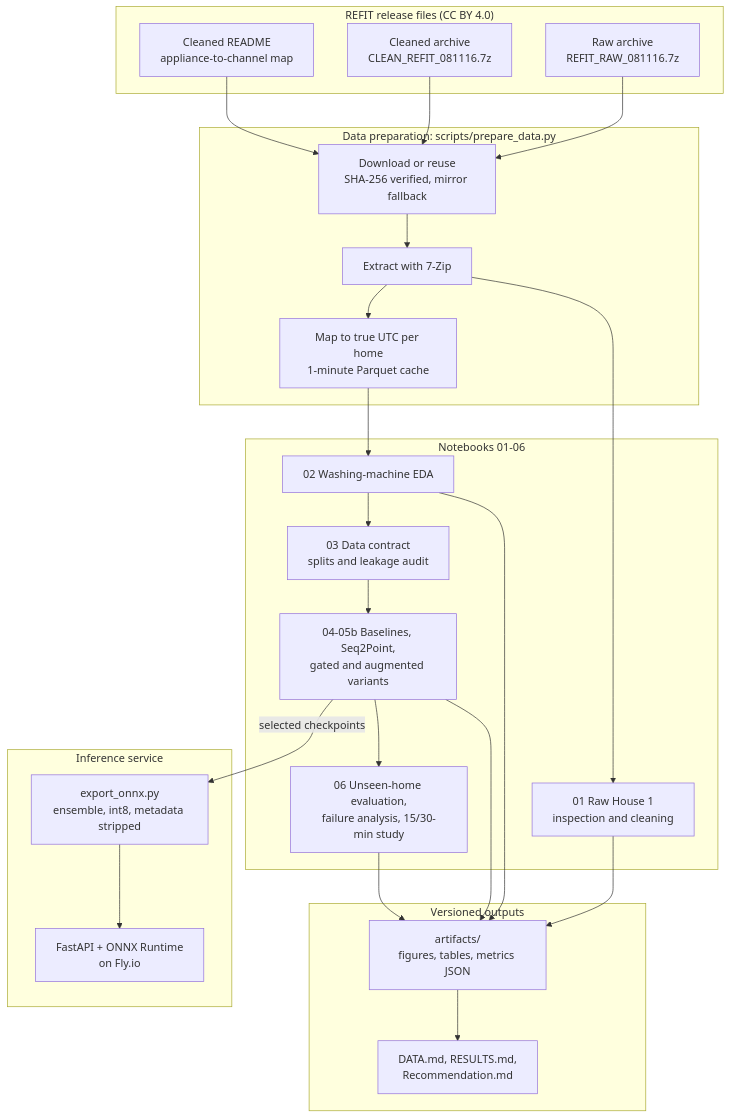
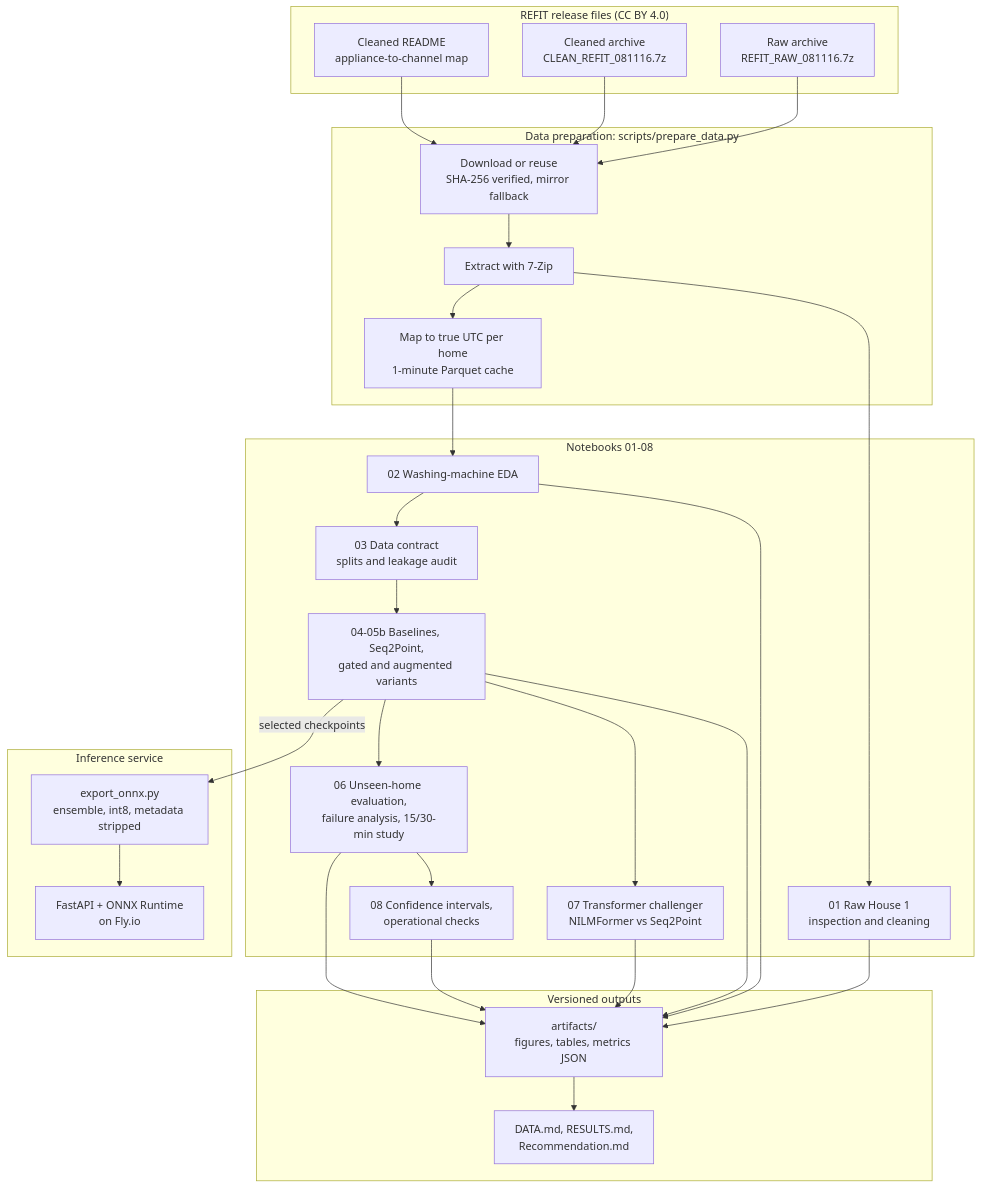
The first of 6 diagrams in README.md (amit-badave-04/refit-nilm-pipeline), drawn with Mermaid before and after one commit. The commit also changed other lines of this file and 28 other files, not shown here.

````diff
--- a/README.md
+++ b/README.md
@@ -153,44 +160,49 @@
 ```mermaid
 flowchart TB
     subgraph Sources["REFIT release files (CC BY 4.0)"]
         RAW["Raw archive<br/>REFIT_RAW_081116.7z"]
         CLEAN["Cleaned archive<br/>CLEAN_REFIT_081116.7z"]
         RTXT["Cleaned README<br/>appliance-to-channel map"]
     end
 
     subgraph Prep["Data preparation: scripts/prepare_data.py"]
         FETCH["Download or reuse<br/>SHA-256 verified, mirror fallback"]
         EXTRACT["Extract with 7-Zip"]
         UTC["Map to true UTC per home<br/>1-minute Parquet cache"]
     end
 
-    subgraph Analysis["Notebooks 01-06"]
+    subgraph Analysis["Notebooks 01-08"]
         NB1["01 Raw House 1<br/>inspection and cleaning"]
         NB2["02 Washing-machine EDA"]
         NB3["03 Data contract<br/>splits and leakage audit"]
         NB4["04-05b Baselines, Seq2Point,<br/>gated and augmented variants"]
         NB6["06 Unseen-home evaluation,<br/>failure analysis, 15/30-min study"]
+        NB7["07 Transformer challenger<br/>NILMFormer vs Seq2Point"]
+        NB8["08 Confidence intervals,<br/>operational checks"]
     end
 
     subgraph Outputs["Versioned outputs"]
         ART["artifacts/<br/>figures, tables, metrics JSON"]
         DOCS["DATA.md, RESULTS.md,<br/>Recommendation.md"]
     end
 
     subgraph Serve["Inference service"]
         EXPORT["export_onnx.py<br/>ensemble, int8, metadata stripped"]
         API["FastAPI + ONNX Runtime<br/>on Fly.io"]
     end
 
     RAW --> FETCH
     CLEAN --> FETCH
     RTXT --> FETCH
     FETCH --> EXTRACT --> UTC
     EXTRACT --> NB1
-    UTC --> NB2 --> NB3 --> NB4 --> NB6
+    UTC --> NB2 --> NB3 --> NB4 --> NB6 --> NB8
+    NB4 --> NB7
     NB1 --> ART
     NB2 --> ART
     NB4 --> ART
+    NB7 --> ART
+    NB8 --> ART
     NB6 --> ART --> DOCS
     NB4 -->|"selected checkpoints"| EXPORT --> API
 ```
````
